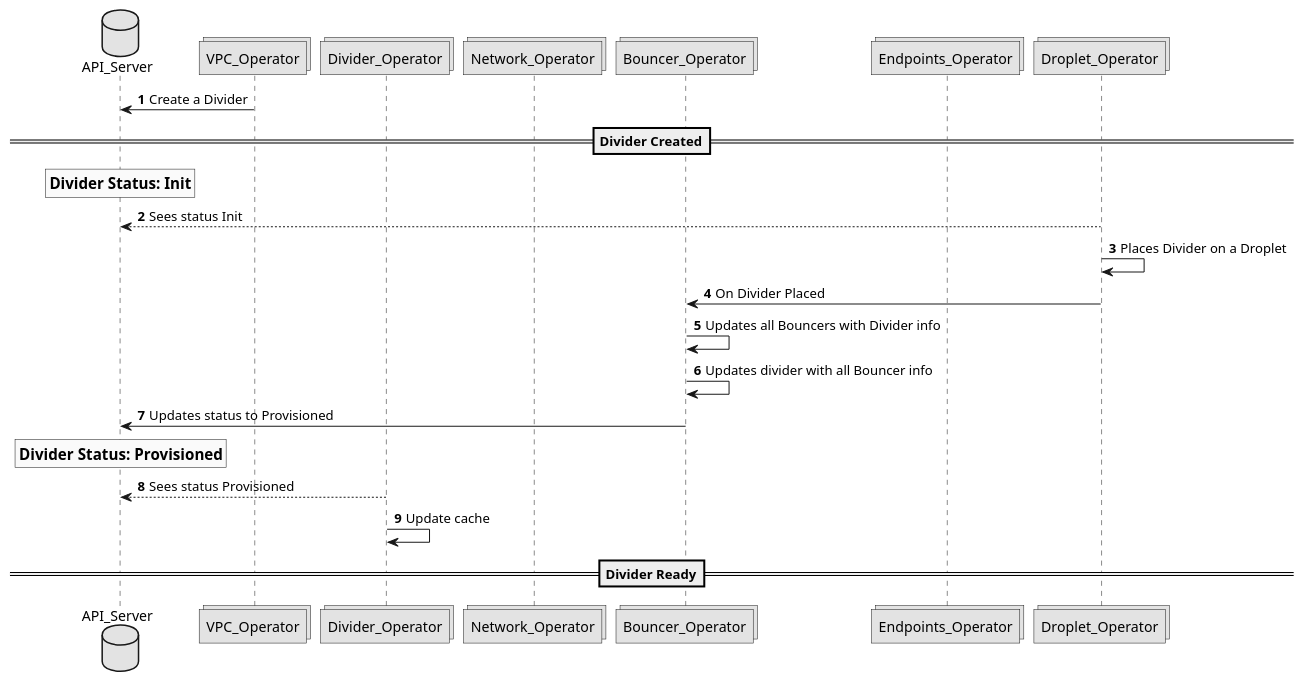
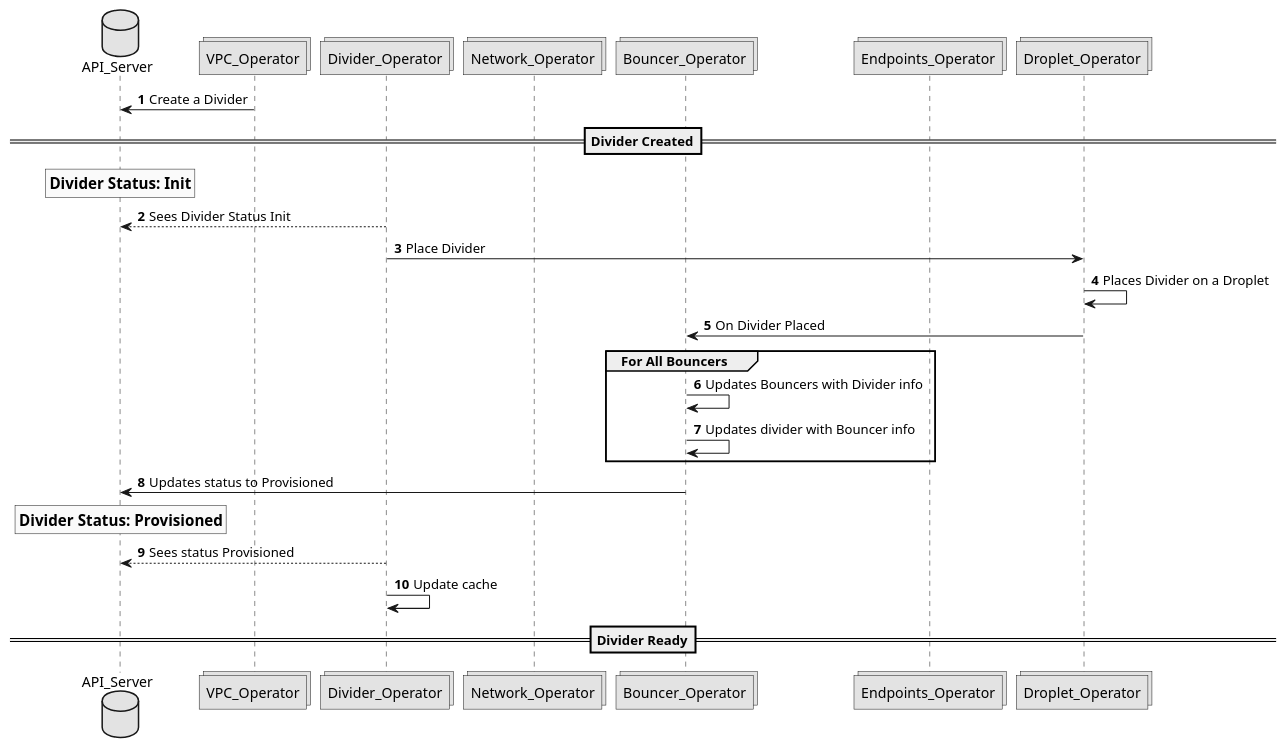
The diagram in Documentation/design/figures/create_divider_workflow.puml (CentaurusInfra/mizar), drawn with PlantUML before and after one commit. The commit also changed 4 other files, not shown here.

Commit message:
Updated create workflow diagrams for clarity

```diff
--- a/Documentation/design/figures/create_divider_workflow.puml
+++ b/Documentation/design/figures/create_divider_workflow.puml
@@ -1,29 +1,31 @@
 @startuml
 
 skinparam monochrome true
 autonumber
 
 database API_Server
 collections VPC_Operator
 collections Divider_Operator
 collections Network_Operator
 collections Bouncer_Operator
 collections Endpoints_Operator
 collections Droplet_Operator
 
 VPC_Operator -> API_Server: Create a Divider
 ==Divider Created==
 rnote over API_Server: ==Divider Status: Init
 
-Droplet_Operator --> API_Server: Sees status Init
+Divider_Operator --> API_Server: Sees Divider Status Init
+Divider_Operator -> Droplet_Operator: Place Divider
 Droplet_Operator -> Droplet_Operator: Places Divider on a Droplet
 Droplet_Operator -> Bouncer_Operator: On Divider Placed
-
-Bouncer_Operator -> Bouncer_Operator: Updates all Bouncers with Divider info
-Bouncer_Operator -> Bouncer_Operator: Updates divider with all Bouncer info
+group For All Bouncers
+Bouncer_Operator -> Bouncer_Operator: Updates Bouncers with Divider info
+Bouncer_Operator -> Bouncer_Operator: Updates divider with Bouncer info
+end
 Bouncer_Operator -> API_Server: Updates status to Provisioned
 rnote over API_Server: ==Divider Status: Provisioned
 Divider_Operator --> API_Server: Sees status Provisioned
 Divider_Operator -> Divider_Operator: Update cache
 ==Divider Ready==
 @enduml
```
